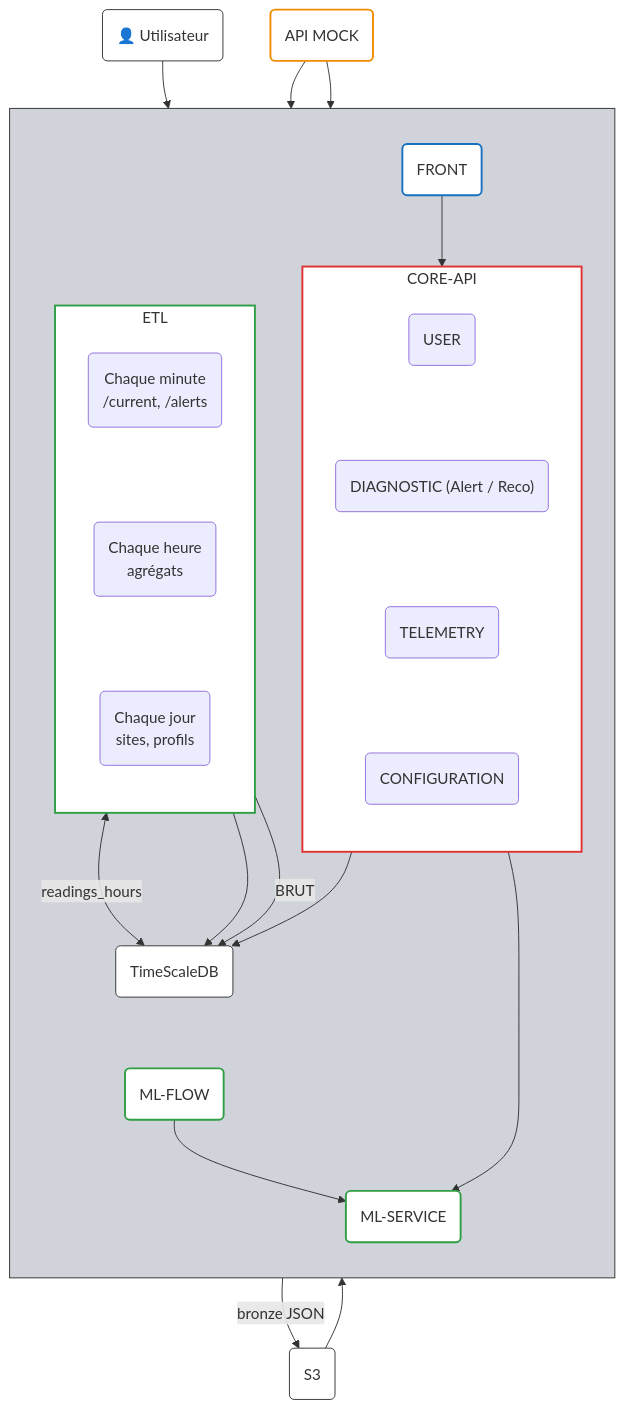
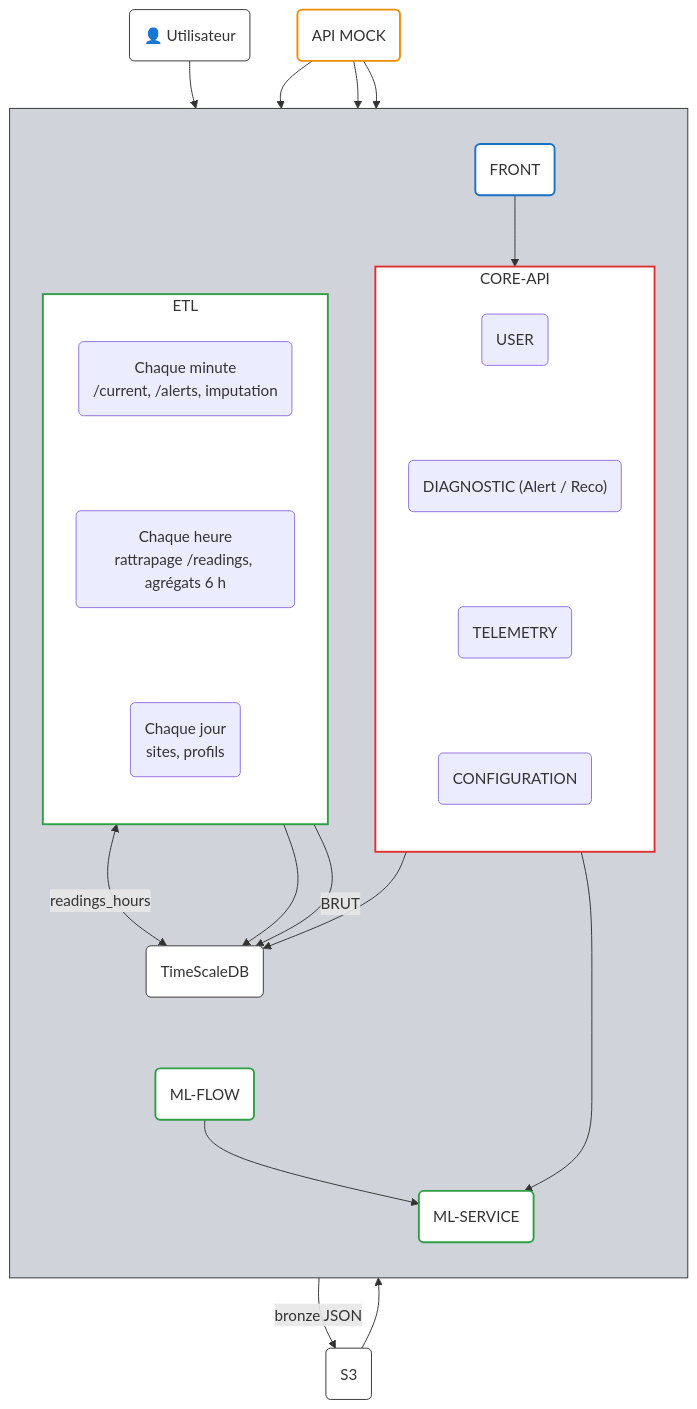
The diagram in docs/doc-technique/architecture-applicative.md (enervision-project/smart-energy-optimizer), drawn with Mermaid before and after one commit. The commit also changed 1 other file, not shown here.

Commit message:
docs(etl): rattrapage, imputation, origine des mesures et schéma d'architecture

````diff
--- a/docs/doc-technique/architecture-applicative.md
+++ b/docs/doc-technique/architecture-applicative.md
@@ -4,63 +4,64 @@
 ```mermaid
 flowchart TD
     USER_ACTOR("👤 Utilisateur")
     API_MOCK("API MOCK")
 
 subgraph PLATFORM[" "]
 direction TB
 FRONT("FRONT")
 
 subgraph CORE["CORE-API"]
 direction TB
 USER("USER")
 DIAG("DIAGNOSTIC (Alert / Reco)")
 TELEM("TELEMETRY")
 CONF("CONFIGURATION")
 USER ~~~ DIAG ~~~ TELEM ~~~ CONF
 end
 
 MLSERVICE("ML-SERVICE")
 
 subgraph ETL["ETL"]
 direction TB
-E60("Chaque minute<br/>/current, /alerts")
-EH("Chaque heure<br/>agrégats")
+E60("Chaque minute<br/>/current, /alerts, imputation")
+EH("Chaque heure<br/>rattrapage /readings, agrégats 6 h")
 E1D("Chaque jour<br/>sites, profils")
 E60 ~~~ EH ~~~ E1D
 end
 
 TSDB("TimeScaleDB")
 MLFLOW("ML-FLOW")
 end
 
 S3("S3")
 
 USER_ACTOR --> FRONT
 FRONT --> CORE
 TELEM --> MLSERVICE
 CORE --> TSDB
 
 API_MOCK --> E60
+API_MOCK --> EH
 API_MOCK --> E1D
 E60 -->|BRUT| TSDB
 E60 -->|bronze JSON| S3
 E1D --> TSDB
 TSDB <-->|readings_hours| EH
 
 S3 --> MLFLOW
 MLFLOW --> MLSERVICE
 
 ETL ~~~ TSDB ~~~ MLFLOW
 
 classDef front fill:#fff,stroke:#1971c2,stroke-width:2px
 classDef core fill:#fff,stroke:#e03131,stroke-width:2px
 classDef green fill:#fff,stroke:#2f9e44,stroke-width:2px
 classDef orange fill:#fff,stroke:#f08c00,stroke-width:2px
 classDef plain fill:#fff,stroke:#333,stroke-width:1px
 class FRONT front
 class CORE core
 class ETL,MLSERVICE,MLFLOW green
 class API_MOCK orange
 class TSDB,S3,USER_ACTOR plain
 style PLATFORM fill:#d0d4da,stroke:#333
 ```
````
